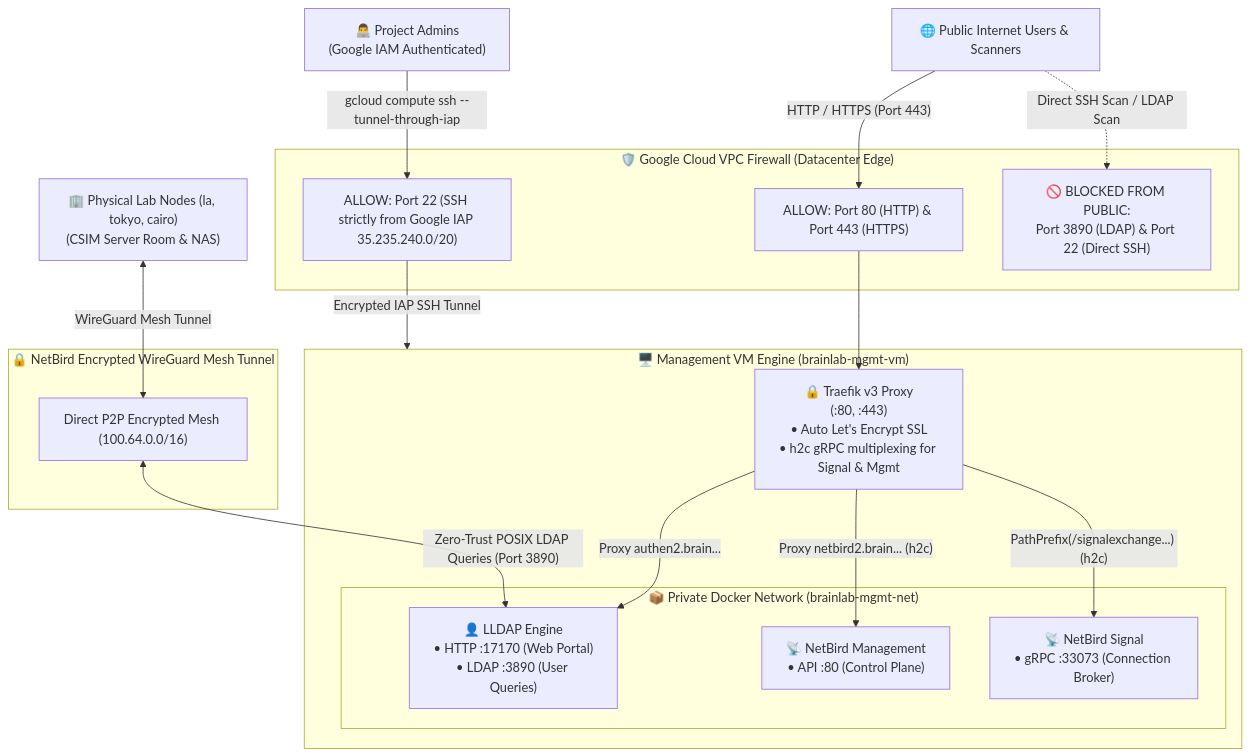
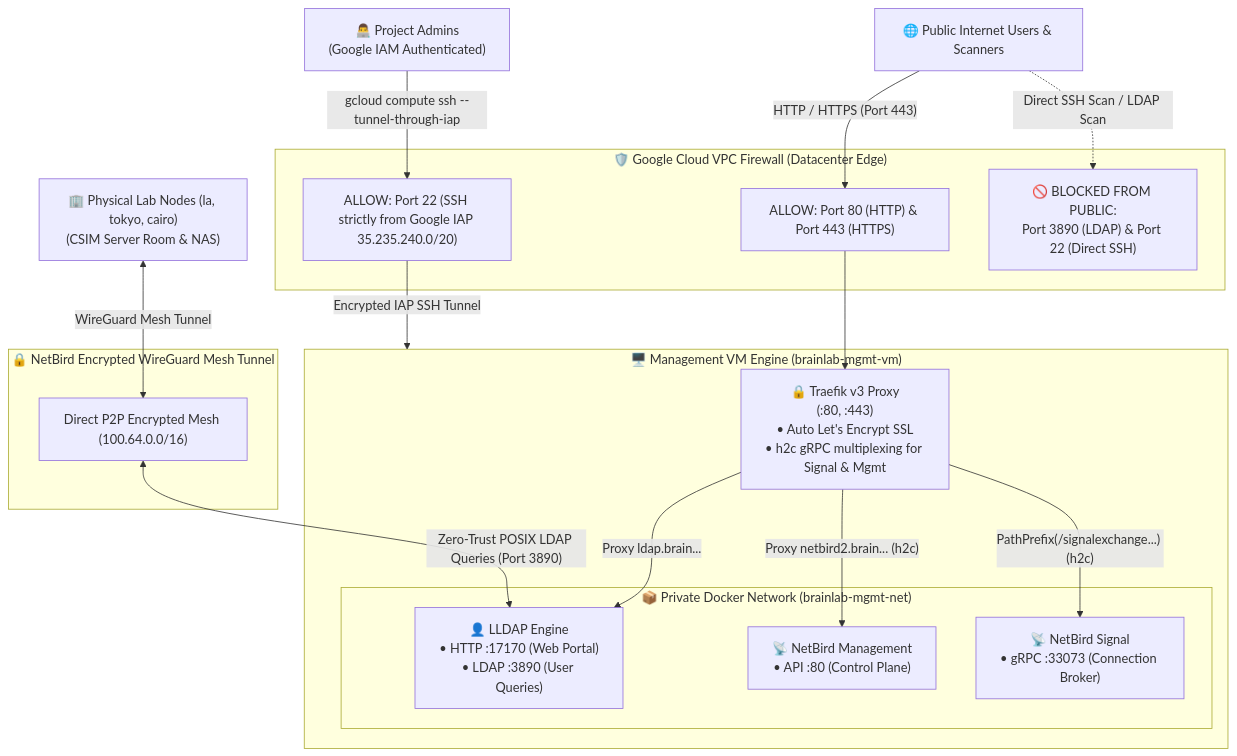
The diagram in mgmt/README.md (AIT-brainlab/brainlab-base), drawn with Mermaid before and after one commit. The commit also changed other lines of this file and 60 other files, not shown here.

First line of the commit message:
feat(mgmt): streamline control plane architecture and implement identity gitops

````diff
--- a/mgmt/README.md
+++ b/mgmt/README.md
@@ -16,41 +16,41 @@
 ```mermaid
 flowchart TD
     %% External Ingress
     Internet["🌐 Public Internet Users & Scanners"]
     Admins["👨‍💻 Project Admins<br/>(Google IAM Authenticated)"]
     OnPrem["🏢 Physical Lab Nodes (la, tokyo, cairo)<br/>(CSIM Server Room & NAS)"]
 
     subgraph GCP_FIREWALL ["🛡️ Google Cloud VPC Firewall (Datacenter Edge)"]
         FW_Web["ALLOW: Port 80 (HTTP) & Port 443 (HTTPS)"]
         FW_IAP["ALLOW: Port 22 (SSH strictly from Google IAP 35.235.240.0/20)"]
         FW_Block["🚫 BLOCKED FROM PUBLIC:<br/>Port 3890 (LDAP) & Port 22 (Direct SSH)"]
     end
 
     Internet -->|"HTTP / HTTPS (Port 443)"| FW_Web
     Internet -.->|"Direct SSH Scan / LDAP Scan"| FW_Block
     Admins -->|"gcloud compute ssh --tunnel-through-iap"| FW_IAP
 
     subgraph VM ["🖥️ Management VM Engine (brainlab-mgmt-vm)"]
         Traefik["🔒 Traefik v3 Proxy<br/>(:80, :443)<br/>• Auto Let's Encrypt SSL<br/>• h2c gRPC multiplexing for Signal & Mgmt"]
         
         subgraph PRIVATE_DOCKER ["📦 Private Docker Network (brainlab-mgmt-net)"]
             LLDAP["👤 LLDAP Engine<br/>• HTTP :17170 (Web Portal)<br/>• LDAP :3890 (User Queries)"]
             NBMgmt["📡 NetBird Management<br/>• API :80 (Control Plane)"]
             NBSignal["📡 NetBird Signal<br/>• gRPC :33073 (Connection Broker)"]
         end
 
-        Traefik -->|"Proxy authen2.brain..."| LLDAP
+        Traefik -->|"Proxy ldap.brain..."| LLDAP
         Traefik -->|"Proxy netbird2.brain... (h2c)"| NBMgmt
         Traefik -->|"PathPrefix(/signalexchange...) (h2c)"| NBSignal
     end
 
     FW_Web --> Traefik
     FW_IAP -->|"Encrypted IAP SSH Tunnel"| VM
 
     subgraph WIREGUARD_MESH ["🔒 NetBird Encrypted WireGuard Mesh Tunnel"]
         MeshFlow["Direct P2P Encrypted Mesh (100.64.0.0/16)"]
     end
 
     OnPrem <-->|"WireGuard Mesh Tunnel"| MeshFlow
     MeshFlow <-->|"Zero-Trust POSIX LDAP Queries (Port 3890)"| LLDAP
 ```
````
